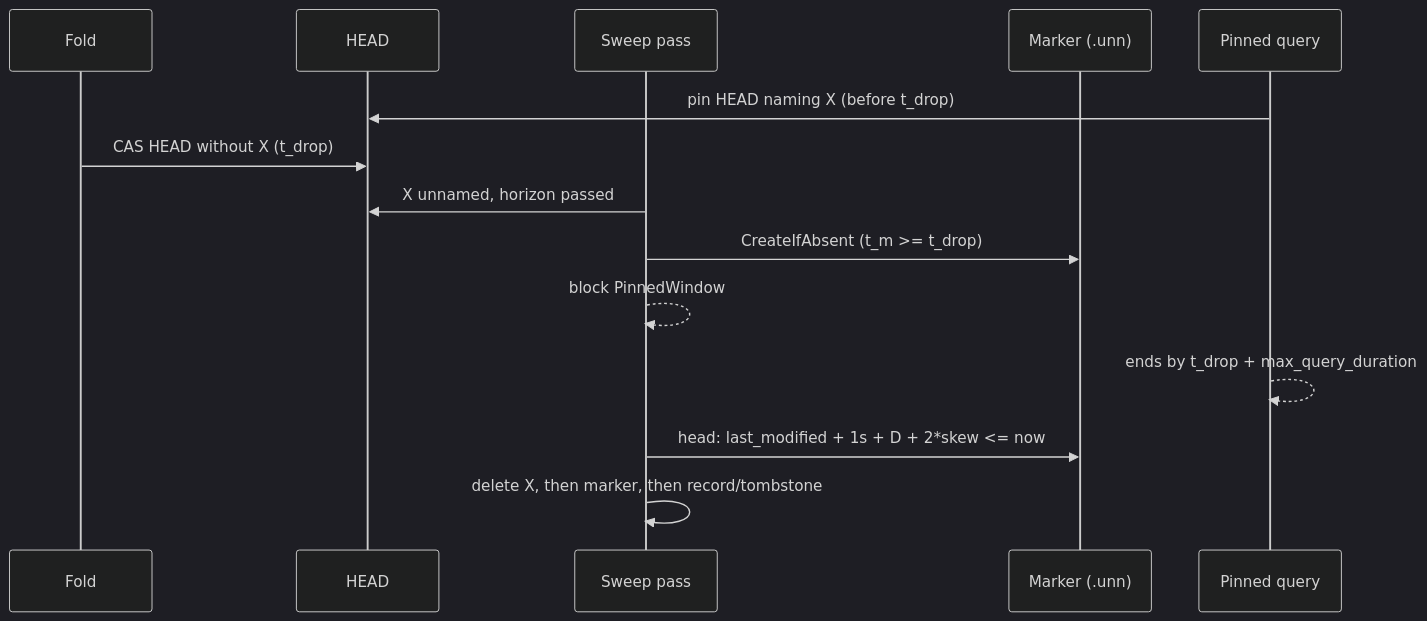
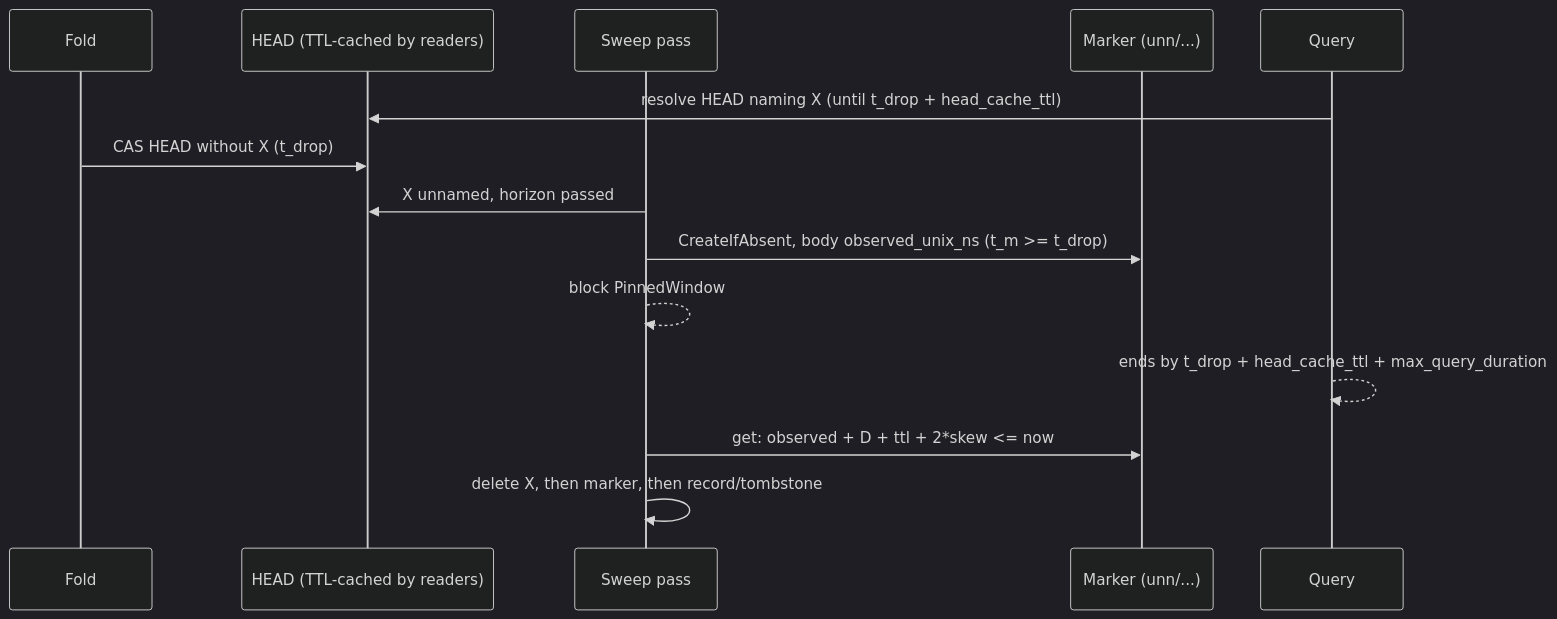
One commit to NOFireAI/ravel changed the diagram in docs/adrs/1133-pinned-query-delete-marker.md. Above: the diagram before and after it, drawn with Mermaid (dark theme). The commit also changed other lines of this file, not shown here.

First line of the commit message:
docs(adr): close the HEAD-cache and key-layout holes in ADR-1133

````diff
--- a/docs/adrs/1133-pinned-query-delete-marker.md
+++ b/docs/adrs/1133-pinned-query-delete-marker.md
@@ -76,16 +93,16 @@
 ```mermaid
 sequenceDiagram
     participant F as Fold
-    participant H as HEAD
+    participant H as HEAD (TTL-cached by readers)
     participant S as Sweep pass
-    participant M as Marker (.unn)
-    participant Q as Pinned query
-    Q->>H: pin HEAD naming X (before t_drop)
+    participant M as Marker (unn/...)
+    participant Q as Query
+    Q->>H: resolve HEAD naming X (until t_drop + head_cache_ttl)
     F->>H: CAS HEAD without X (t_drop)
     S->>H: X unnamed, horizon passed
-    S->>M: CreateIfAbsent (t_m >= t_drop)
+    S->>M: CreateIfAbsent, body observed_unix_ns (t_m >= t_drop)
     S-->>S: block PinnedWindow
-    Q-->>Q: ends by t_drop + max_query_duration
-    S->>M: head: last_modified + 1s + D + 2*skew <= now
+    Q-->>Q: ends by t_drop + head_cache_ttl + max_query_duration
+    S->>M: get: observed + D + ttl + 2*skew <= now
     S->>S: delete X, then marker, then record/tombstone
 ```
````
